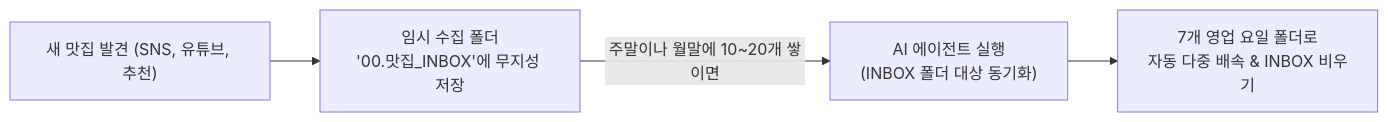
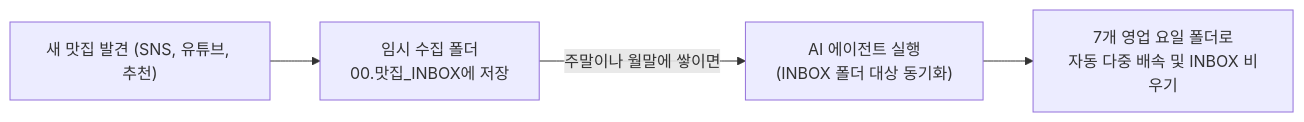
Before and after one commit to saramjh/saramjh.github.io: the diagram in _posts/naver-map-save-list-bulk-reorganize-guide/2026-10-02-naver-map-save-list-bulk-reorganize-guide.md, drawn with Mermaid. The commit also changed 1 other file, not shown here.

Commit message:
fix: enable dynamic Mermaid.js rendering for flowchart blocks

````diff
--- a/_posts/naver-map-save-list-bulk-reorganize-guide/2026-10-02-naver-map-save-list-bulk-reorganize-guide.md
+++ b/_posts/naver-map-save-list-bulk-reorganize-guide/2026-10-02-naver-map-save-list-bulk-reorganize-guide.md
@@ -184,6 +184,6 @@
 ```mermaid
 flowchart LR
-    A["새 맛집 발견 (SNS, 유튜브, 추천)"] --> B["임시 수집 폴더<br/>'00.맛집_INBOX'에 무지성 저장"]
-    B -->|주말이나 월말에 10~20개 쌓이면| C["AI 에이전트 실행<br/>(INBOX 폴더 대상 동기화)"]
-    C --> D["7개 영업 요일 폴더로<br/>자동 다중 배속 & INBOX 비우기"]
+    A["새 맛집 발견 (SNS, 유튜브, 추천)"] --> B["임시 수집 폴더<br/>00.맛집_INBOX에 저장"]
+    B -->|주말이나 월말에 쌓이면| C["AI 에이전트 실행<br/>(INBOX 폴더 대상 동기화)"]
+    C --> D["7개 영업 요일 폴더로<br/>자동 다중 배속 및 INBOX 비우기"]
 ```
````
